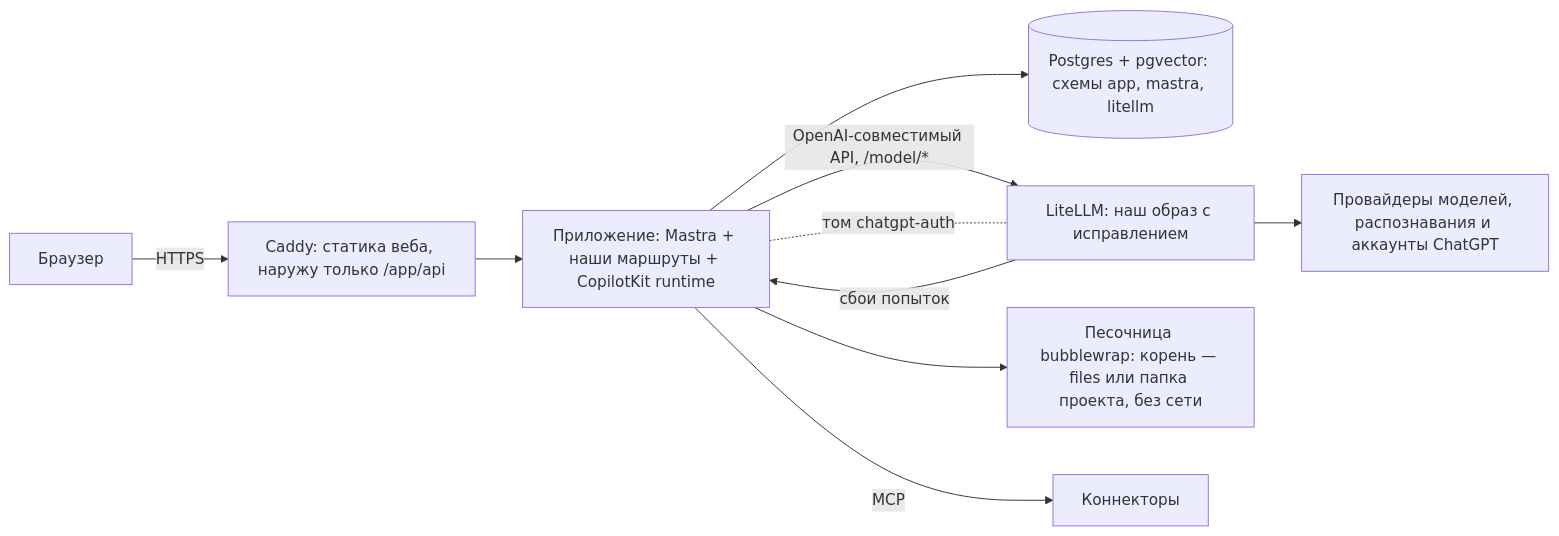
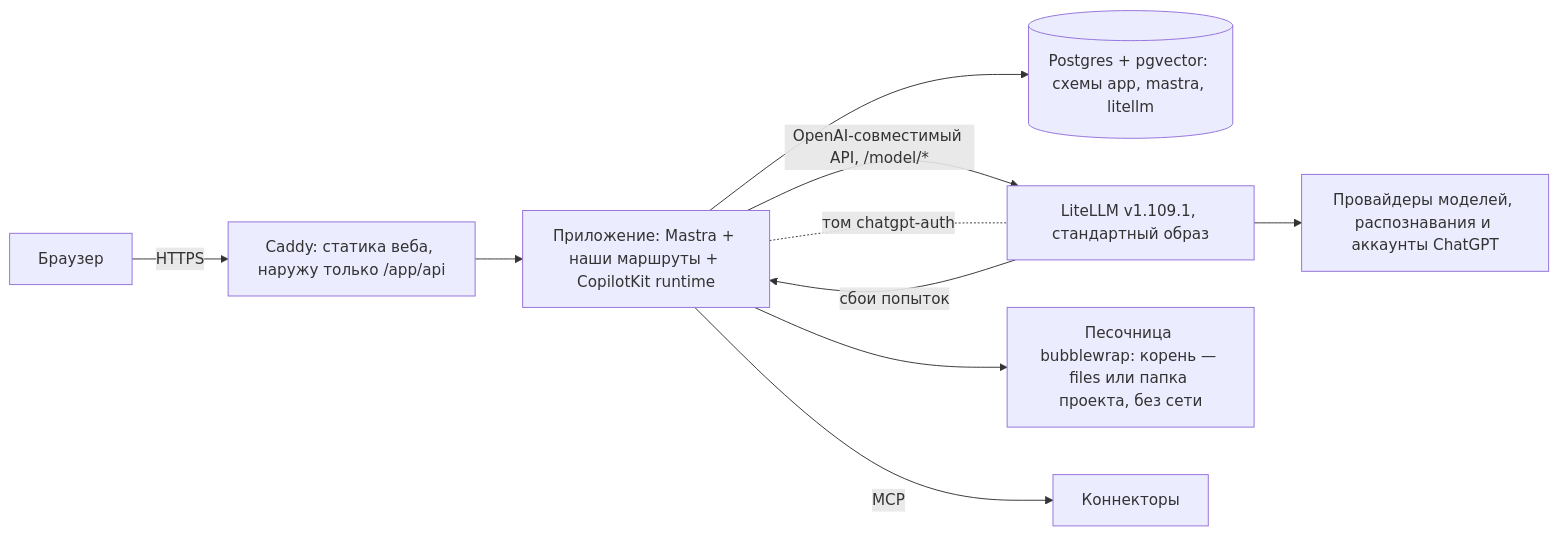
One commit to nyxandro/basic-business-agent changed the third of 4 diagrams in docs/specs/[12.11.2026]-agent-base-architecture.md. Above: the diagram before and after it, drawn with Mermaid. The commit also changed other lines of this file and 23 other files, not shown here.

````diff
--- a/docs/specs/[12.11.2026]-agent-base-architecture.md
+++ b/docs/specs/[12.11.2026]-agent-base-architecture.md
@@ -965,12 +966,12 @@
 ```mermaid
 flowchart LR
   U[Браузер] -->|HTTPS| C[Caddy: статика веба, наружу только /app/api]
   C --> S[Приложение: Mastra + наши маршруты + CopilotKit runtime]
   S --> P[(Postgres + pgvector: схемы app, mastra, litellm)]
-  S -->|OpenAI-совместимый API, /model/*| L[LiteLLM: наш образ с исправлением]
+  S -->|OpenAI-совместимый API, /model/*| L[LiteLLM v1.109.1, стандартный образ]
   L -->|сбои попыток| S
   L --> M[Провайдеры моделей, распознавания и аккаунты ChatGPT]
   S --> X[Песочница bubblewrap: корень — files или папка проекта, без сети]
   S -->|MCP| K[Коннекторы]
   S -. том chatgpt-auth .- L
 ```
````
